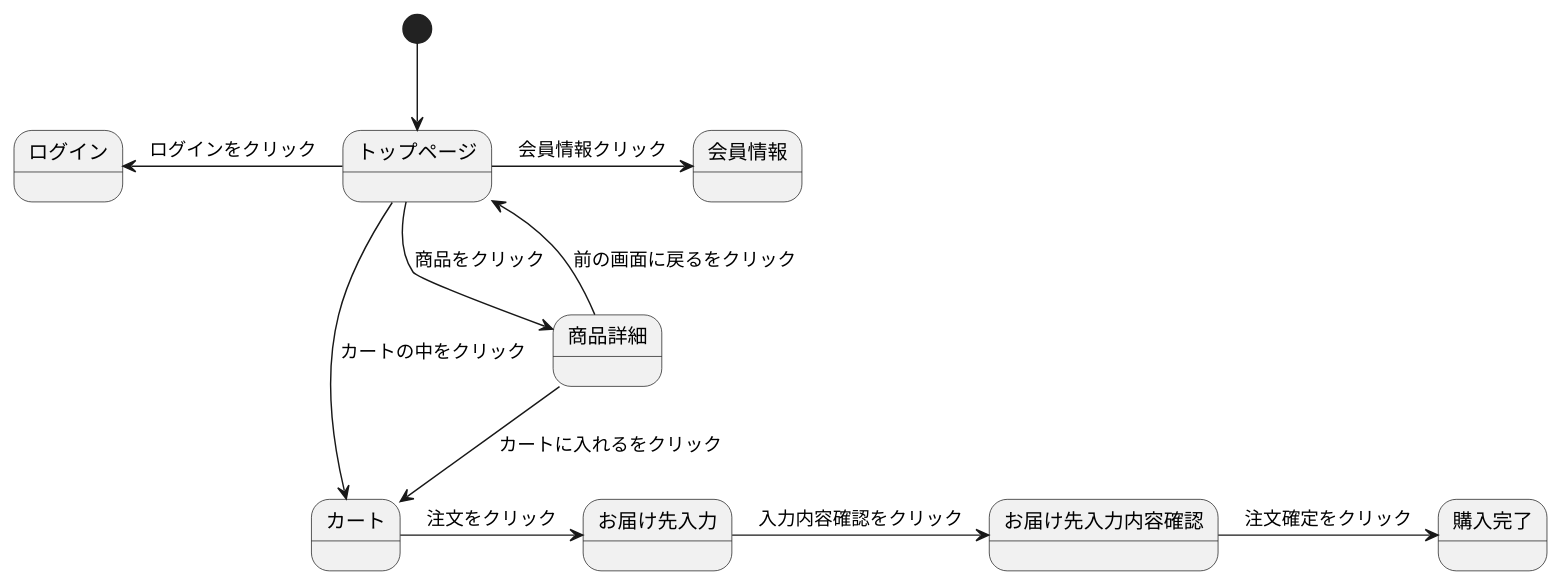
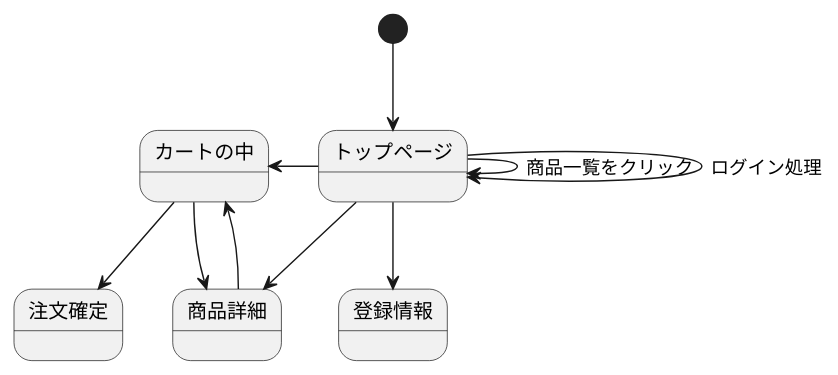
One commit to Aso2001374/2021sys-design changed the second of 3 diagrams in stm01.md. Above: the diagram before and after it, drawn with PlantUML.

````diff
--- a/stm01.md
+++ b/stm01.md
@@ -15,14 +15,14 @@
 ```uml
 @startuml
 [*] --> トップページ
-トップページ -> 会員情報 : 会員情報クリック
-トップページ -left-> ログイン : ログインをクリック
-トップページ --> 商品詳細 : 商品をクリック
-トップページ --> カート : カートの中をクリック
-商品詳細 --> カート : カートに入れるをクリック
-商品詳細 --> トップページ : 前の画面に戻るをクリック
-カート -> お届け先入力 : 注文をクリック
-お届け先入力 -> お届け先入力内容確認 : 入力内容確認をクリック
-お届け先入力内容確認 -> 購入完了 : 注文確定をクリック
+トップページ--> トップページ : 商品一覧をクリック
+トップページ--> トップページ : ログイン処理
+トップページ-left-> カートの中
+トップページ--> 登録情報
+トップページ--> 商品詳細
+
+商品詳細--> カートの中
+カートの中 --> 商品詳細
+カートの中-->注文確定
 @enduml
 ```
````
